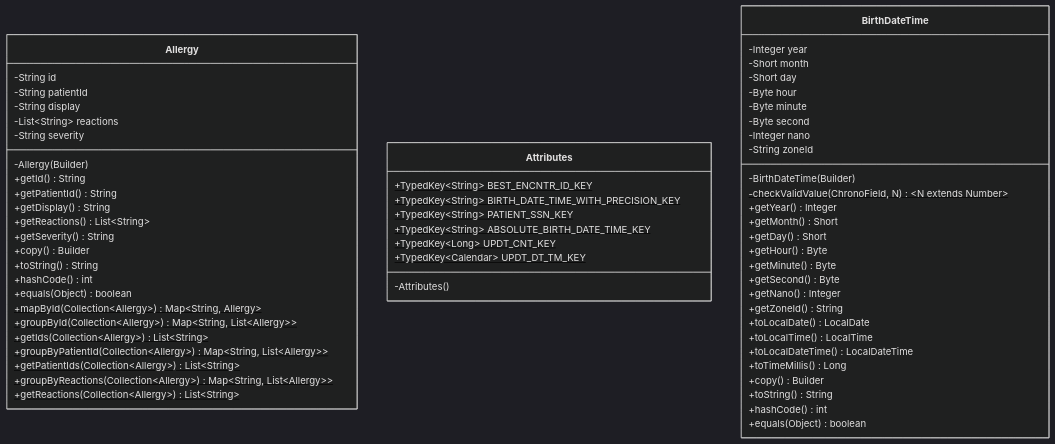
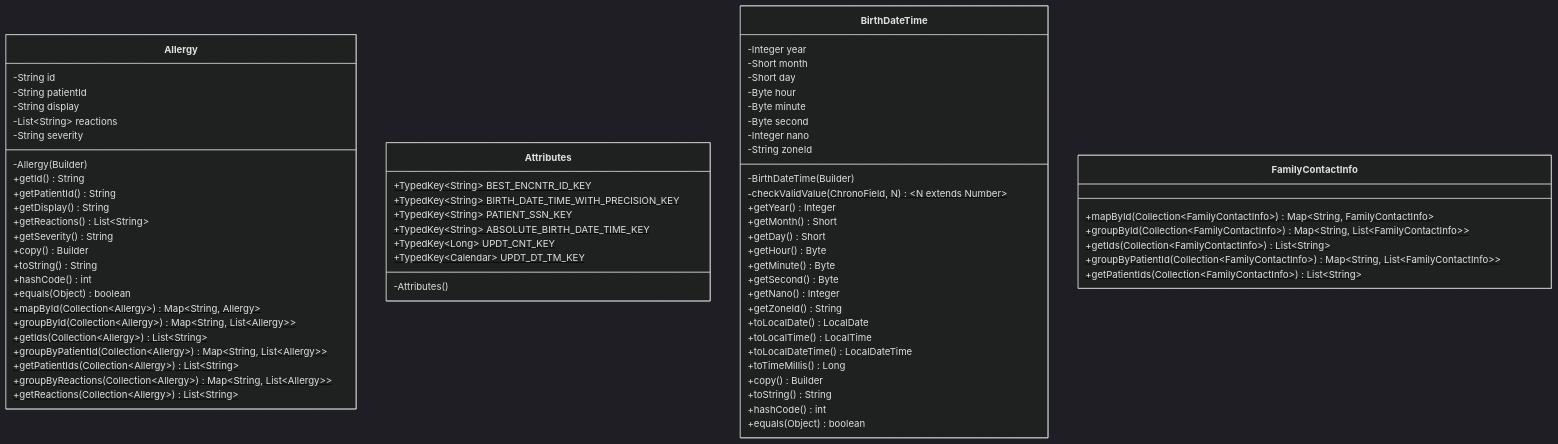
The diagram in README.md (abhishek171287/FACE-RECOGNITION-ATTENDANCE-SYSTEM-USING-RASPBERRY-PI), drawn with Mermaid (dark theme) before and after one commit.

````diff
--- a/README.md
+++ b/README.md
@@ -6,66 +6,76 @@
 ```mermaid
 classDiagram
     class Allergy{
         -String id
         -String patientId
         -String display
         -List~String~ reactions
         -String severity
         -Allergy(Builder)
         +getId() String
         +getPatientId() String
         +getDisplay() String
         +getReactions() List~String~
         +getSeverity() String
         +copy() Builder
         +toString() String
         +hashCode() int
         +equals(Object) boolean
         +mapById(Collection~Allergy~)$ Map&lt;String, Allergy&gt;
         +groupById(Collection~Allergy~)$ Map&lt;String, List~Allergy~&gt;
         +getIds(Collection~Allergy~)$ List~String~
         +groupByPatientId(Collection~Allergy~)$ Map&lt;String, List~Allergy~&gt;
         +getPatientIds(Collection~Allergy~)$ List~String~
         +groupByReactions(Collection~Allergy~)$ Map&lt;String, List~Allergy~&gt;
         +getReactions(Collection~Allergy~)$ List~String~
     }
 
     class Attributes{
         +TypedKey~String~  BEST_ENCNTR_ID_KEY$
         +TypedKey~String~ BIRTH_DATE_TIME_WITH_PRECISION_KEY$
         +TypedKey~String~ PATIENT_SSN_KEY$
         +TypedKey~String~ ABSOLUTE_BIRTH_DATE_TIME_KEY$
         +TypedKey~Long~ UPDT_CNT_KEY$
         +TypedKey~Calendar~ UPDT_DT_TM_KEY$
         -Attributes()
     }
 
     class BirthDateTime{
         -Integer year
         -Short month
         -Short day
         -Byte hour
         -Byte minute
         -Byte second
         -Integer nano
         -String zoneId
         -BirthDateTime(Builder)
         -checkValidValue(ChronoField, N)$ &lt;N extends Number&gt;
         +getYear() Integer
         +getMonth() Short
         +getDay() Short
         +getHour() Byte
         +getMinute() Byte
         +getSecond() Byte
         +getNano() Integer
         +getZoneId() String
         +toLocalDate() LocalDate
         +toLocalTime() LocalTime
         +toLocalDateTime() LocalDateTime
         +toTimeMillis() Long
         +copy() Builder
         +toString() String
         +hashCode() int
         +equals(Object) boolean
     }
+    
+    class FamilyContactInfo{
+        
+        +mapById(Collection~FamilyContactInfo~)$ Map&lt;String, FamilyContactInfo&gt;
+        +groupById(Collection~FamilyContactInfo~)$ Map&lt;String, List~FamilyContactInfo~&gt;
+        +getIds(Collection~FamilyContactInfo~)$ List~String~
+        +groupByPatientId(Collection~FamilyContactInfo~)$ Map&lt;String, List~FamilyContactInfo~&gt;
+        +getPatientIds(Collection~FamilyContactInfo~)$ List~String~
+        
+    }
   ```
````
